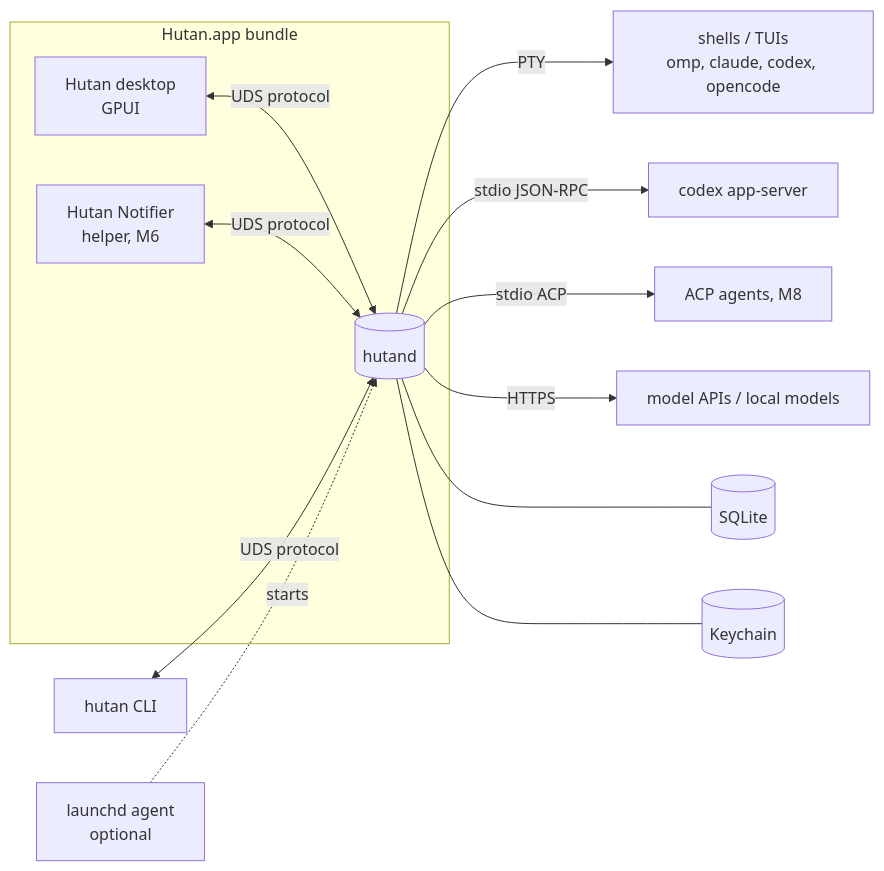
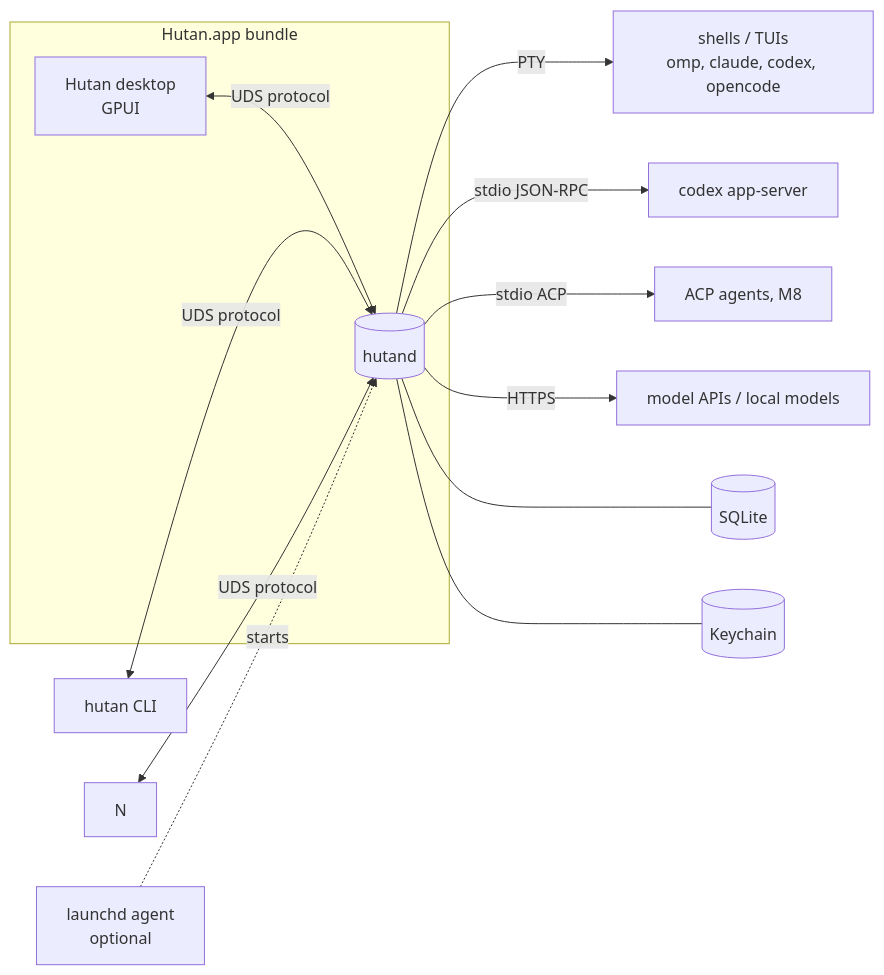
Before and after one commit to robertt3kuk/heeler: the first of 6 diagrams in docs/architecture.md, drawn with Mermaid. The commit also changed other lines of this file and 17 other files, not shown here.

````diff
--- a/docs/architecture.md
+++ b/docs/architecture.md
@@ -7,19 +7,18 @@
 ```mermaid
 flowchart LR
   subgraph App[Hutan.app bundle]
     D[Hutan desktop<br/>GPUI]
-    N[Hutan Notifier<br/>helper, M6]
     H[(hutand)]
   end
   CLI[hutan CLI]
   D <-->|UDS protocol| H
   CLI <-->|UDS protocol| H
   N <-->|UDS protocol| H
   H -->|PTY| T1[shells / TUIs<br/>omp, claude, codex, opencode]
   H -->|stdio JSON-RPC| A1[codex app-server]
   H -->|stdio ACP| A2[ACP agents, M8]
   H -->|HTTPS| M[model APIs / local models]
   H --- DB[(SQLite)]
   H --- KC[(Keychain)]
   LD[launchd agent<br/>optional] -.starts.-> H
 ```
````
